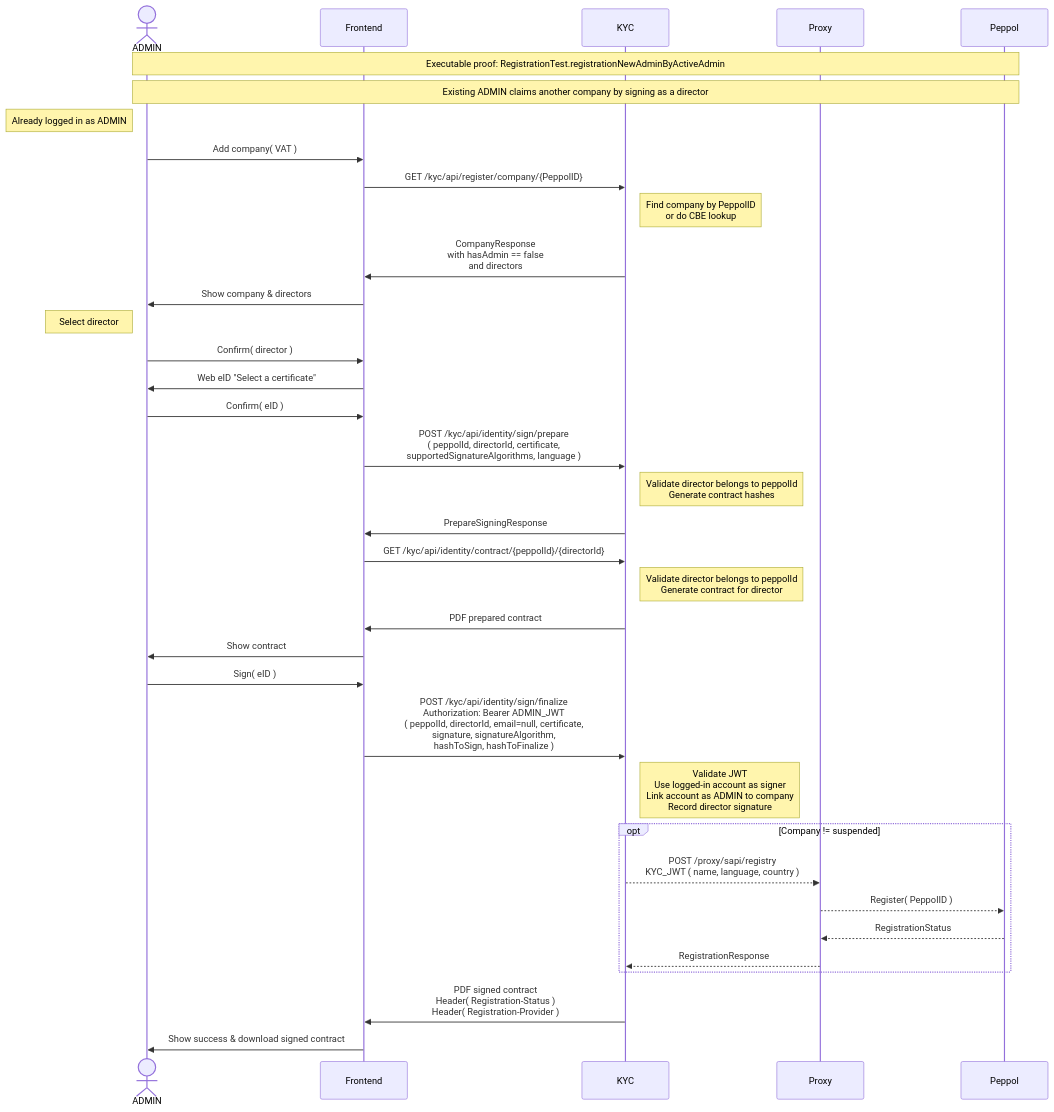
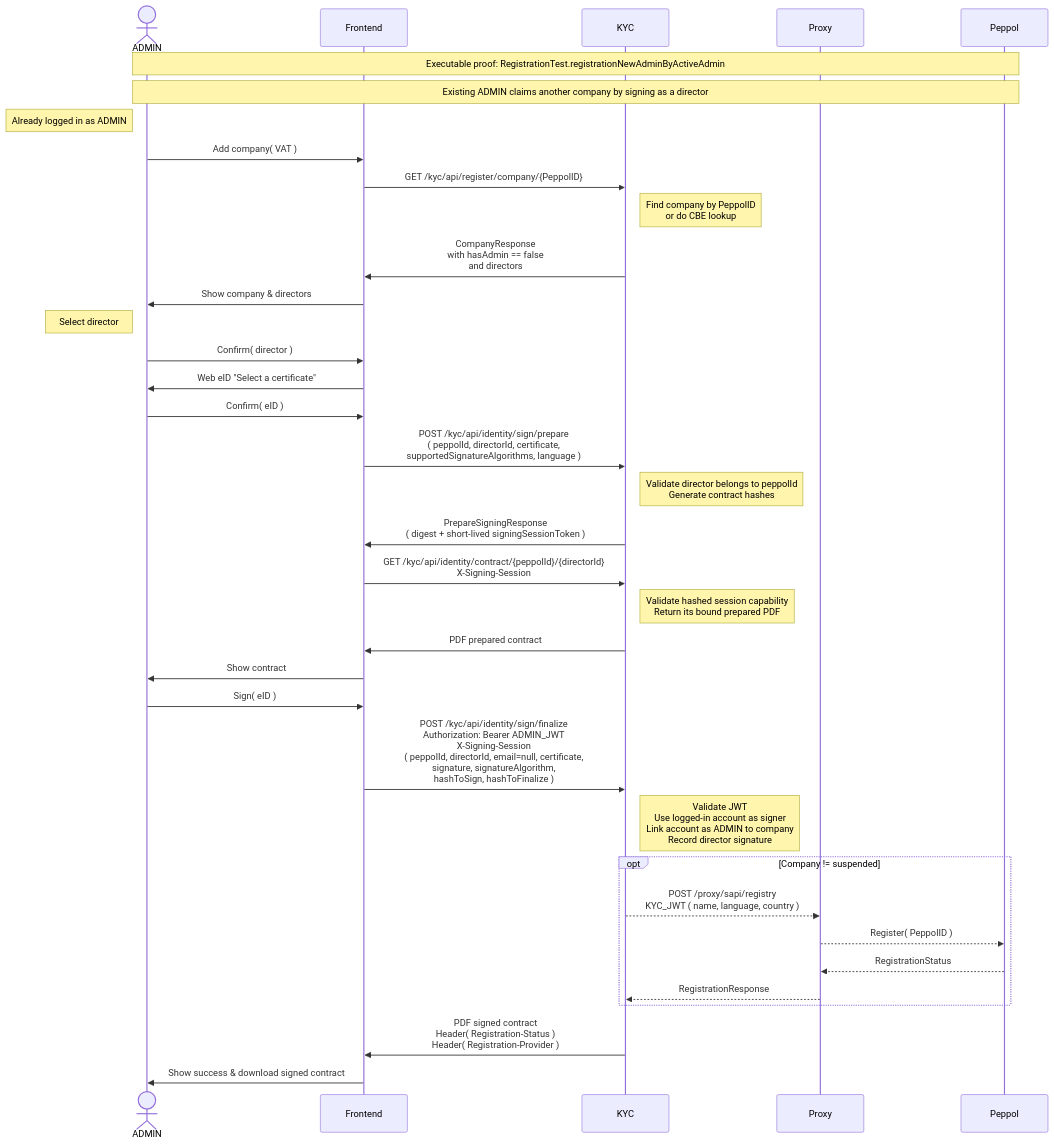
The diagram in readme/registration-new-admin-by-active-admin.md (letspeppol/letspeppol), drawn with Mermaid before and after one commit. The commit also changed 35 other files, not shown here.

First line of the commit message:
Prevent unauthenticated users from retrieving a filled contract using only a public Peppol ID and a sequential director ID, without breaking the public onboarding flow or authenticated add-ownership flow.

````diff
--- a/readme/registration-new-admin-by-active-admin.md
+++ b/readme/registration-new-admin-by-active-admin.md
@@ -5,43 +5,43 @@
 ```mermaid
 sequenceDiagram
     actor ADMIN as ADMIN
     participant Frontend as Frontend
     participant KYC as KYC
     participant Proxy as Proxy
     participant Peppol as Peppol
 
     Note over ADMIN, Peppol: Executable proof: RegistrationTest.registrationNewAdminByActiveAdmin
 
 Note over ADMIN, Peppol: Existing ADMIN claims another company by signing as a director
     Note left of ADMIN: Already logged in as ADMIN
     ADMIN ->> Frontend: Add company( VAT )
     Frontend ->> KYC: GET /kyc/api/register/company/{PeppolID}
     Note right of KYC: Find company by PeppolID <br> or do CBE lookup
     KYC ->> Frontend: CompanyResponse <br> with hasAdmin == false <br> and directors
     Frontend ->> ADMIN: Show company & directors
 
     Note left of ADMIN: Select director
     ADMIN ->> Frontend: Confirm( director )
     Frontend ->> ADMIN: Web eID "Select a certificate"
     ADMIN ->> Frontend: Confirm( eID )
     Frontend ->> KYC: POST /kyc/api/identity/sign/prepare <br> ( peppolId, directorId, certificate, <br> supportedSignatureAlgorithms, language )
     Note right of KYC: Validate director belongs to peppolId <br> Generate contract hashes
-    KYC ->> Frontend: PrepareSigningResponse
+    KYC ->> Frontend: PrepareSigningResponse <br> ( digest + short-lived signingSessionToken )
 
-    Frontend ->> KYC: GET /kyc/api/identity/contract/{peppolId}/{directorId}
-    Note right of KYC: Validate director belongs to peppolId <br> Generate contract for director
+    Frontend ->> KYC: GET /kyc/api/identity/contract/{peppolId}/{directorId} <br> X-Signing-Session
+    Note right of KYC: Validate hashed session capability <br> Return its bound prepared PDF
     KYC ->> Frontend: PDF prepared contract
     Frontend ->> ADMIN: Show contract
 
     ADMIN ->> Frontend: Sign( eID )
-    Frontend ->> KYC: POST /kyc/api/identity/sign/finalize <br> Authorization: Bearer ADMIN_JWT <br> ( peppolId, directorId, email=null, certificate, <br> signature, signatureAlgorithm, <br> hashToSign, hashToFinalize )
+    Frontend ->> KYC: POST /kyc/api/identity/sign/finalize <br> Authorization: Bearer ADMIN_JWT <br> X-Signing-Session <br> ( peppolId, directorId, email=null, certificate, <br> signature, signatureAlgorithm, <br> hashToSign, hashToFinalize )
     Note right of KYC: Validate JWT <br> Use logged-in account as signer <br> Link account as ADMIN to company <br> Record director signature
     opt Company != suspended
         KYC -->> Proxy: POST /proxy/sapi/registry <br> KYC_JWT ( name, language, country )
         Proxy -->> Peppol: Register( PeppolID )
         Peppol -->> Proxy: RegistrationStatus
         Proxy -->> KYC: RegistrationResponse
     end
     KYC ->> Frontend: PDF signed contract <br> Header( Registration-Status ) <br> Header( Registration-Provider )
     Frontend ->> ADMIN: Show success & download signed contract
 ```
````
